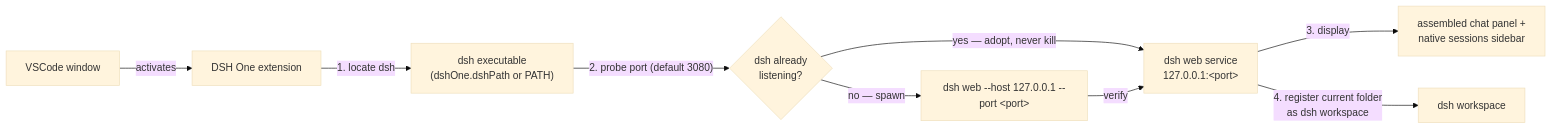
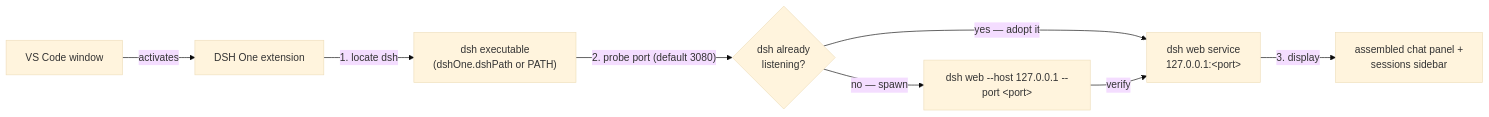
The diagram in README.md (imchangchang/dsh-one), drawn with Mermaid (base theme) before and after one commit. The commit also changed other lines of this file and 3 other files, not shown here.

````diff
--- a/README.md
+++ b/README.md
@@ -58,11 +58,10 @@
 ```mermaid
 flowchart LR
-  VS["VSCode window"] -->|"activates"| EXT["DSH One extension"]
+  VS["VS Code window"] -->|"activates"| EXT["DSH One extension"]
   EXT -->|"1. locate dsh"| DSH["dsh executable<br/>(dshOne.dshPath or PATH)"]
   DSH -->|"2. probe port (default 3080)"| PROBE{"dsh already<br/>listening?"}
-  PROBE -->|"yes — adopt, never kill"| SRV["dsh web service<br/>127.0.0.1:&lt;port&gt;"]
+  PROBE -->|"yes — adopt it"| SRV["dsh web service<br/>127.0.0.1:&lt;port&gt;"]
   PROBE -->|"no — spawn"| SPAWN["dsh web --host 127.0.0.1 --port &lt;port&gt;"]
   SPAWN -->|"verify"| SRV
-  SRV -->|"3. display"| UI["assembled chat panel +<br/>native sessions sidebar"]
-  SRV -->|"4. register current folder<br/>as dsh workspace"| WS["dsh workspace"]
+  SRV -->|"3. display"| UI["assembled chat panel +<br/>sessions sidebar"]
 ```
````
